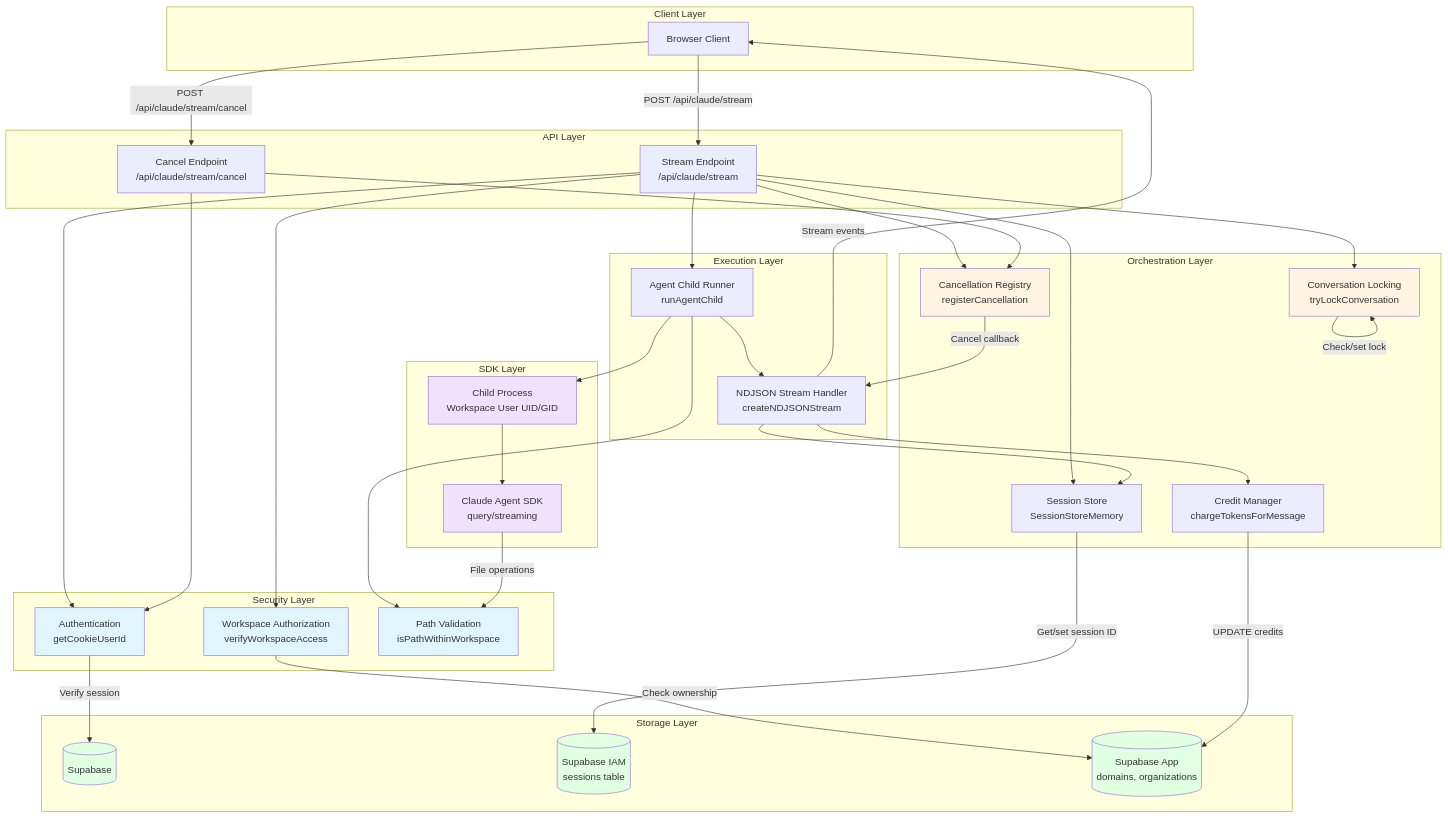
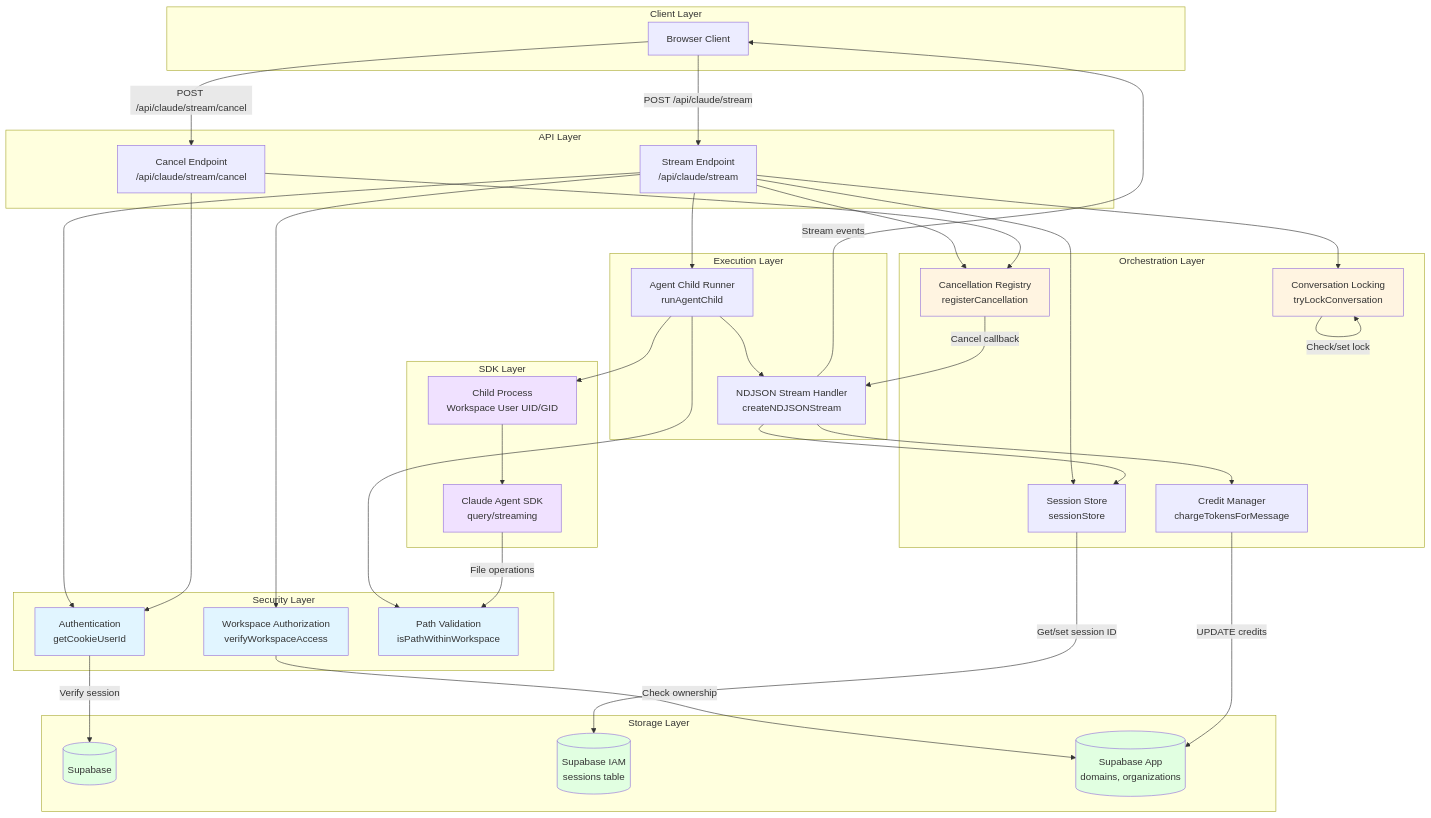
Before and after one commit to lars-deploy-bot/feel: the tenth of 11 diagrams in docs/architecture/STREAM_ORCHESTRATOR_DIAGRAMS.md, drawn with Mermaid. The commit also changed 26 other files, not shown here.

First line of the commit message:
Fix session key bugs, harden cancel route, cleanup SessionStoreMemory rename

```diff
--- a/docs/architecture/STREAM_ORCHESTRATOR_DIAGRAMS.md
+++ b/docs/architecture/STREAM_ORCHESTRATOR_DIAGRAMS.md
@@ -638,7 +638,7 @@
 
     subgraph "Orchestration Layer"
         Lock[Conversation Locking<br/>tryLockConversation]
-        Session[Session Store<br/>SessionStoreMemory]
+        Session[Session Store<br/>sessionStore]
         Registry[Cancellation Registry<br/>registerCancellation]
         Credits[Credit Manager<br/>chargeTokensForMessage]
     end
```
